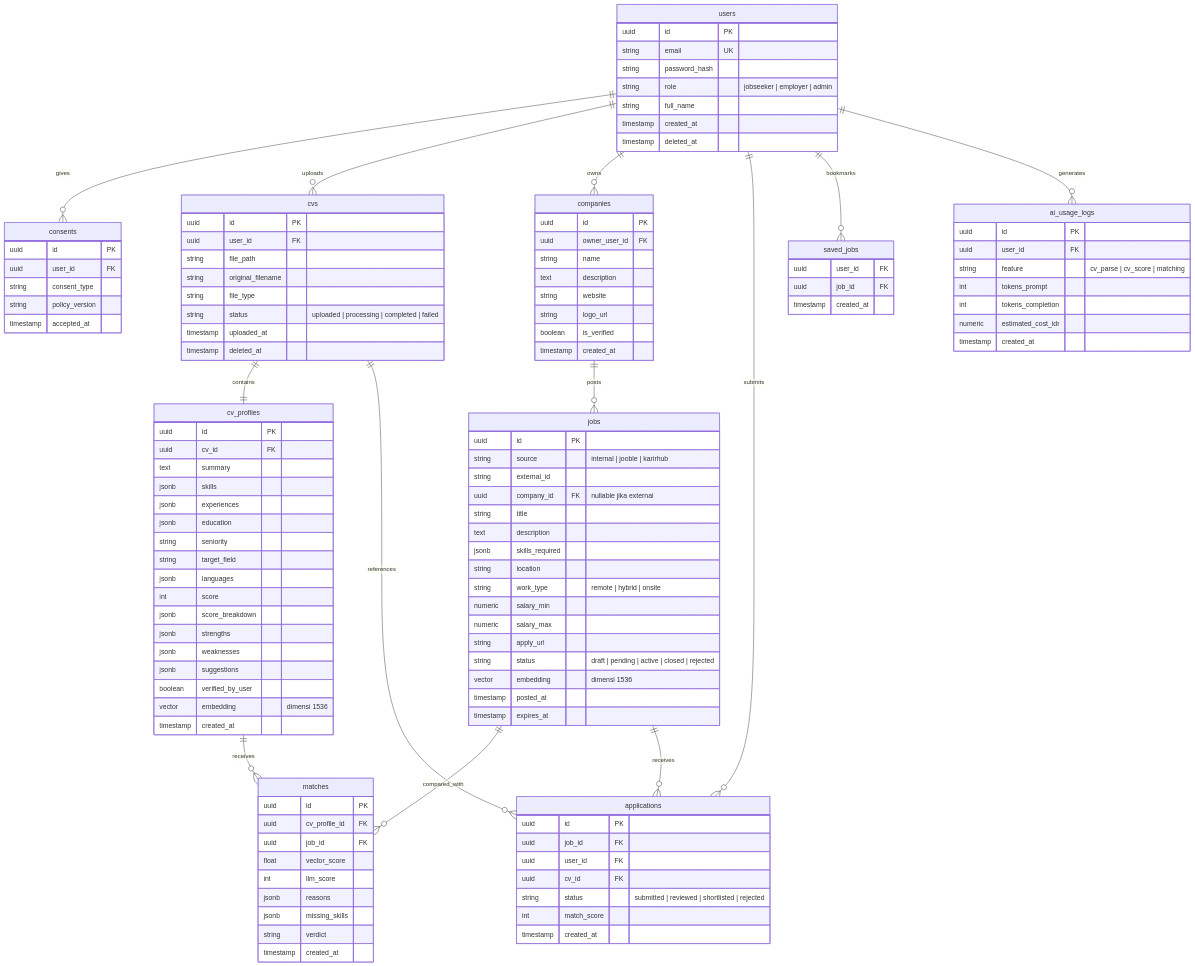
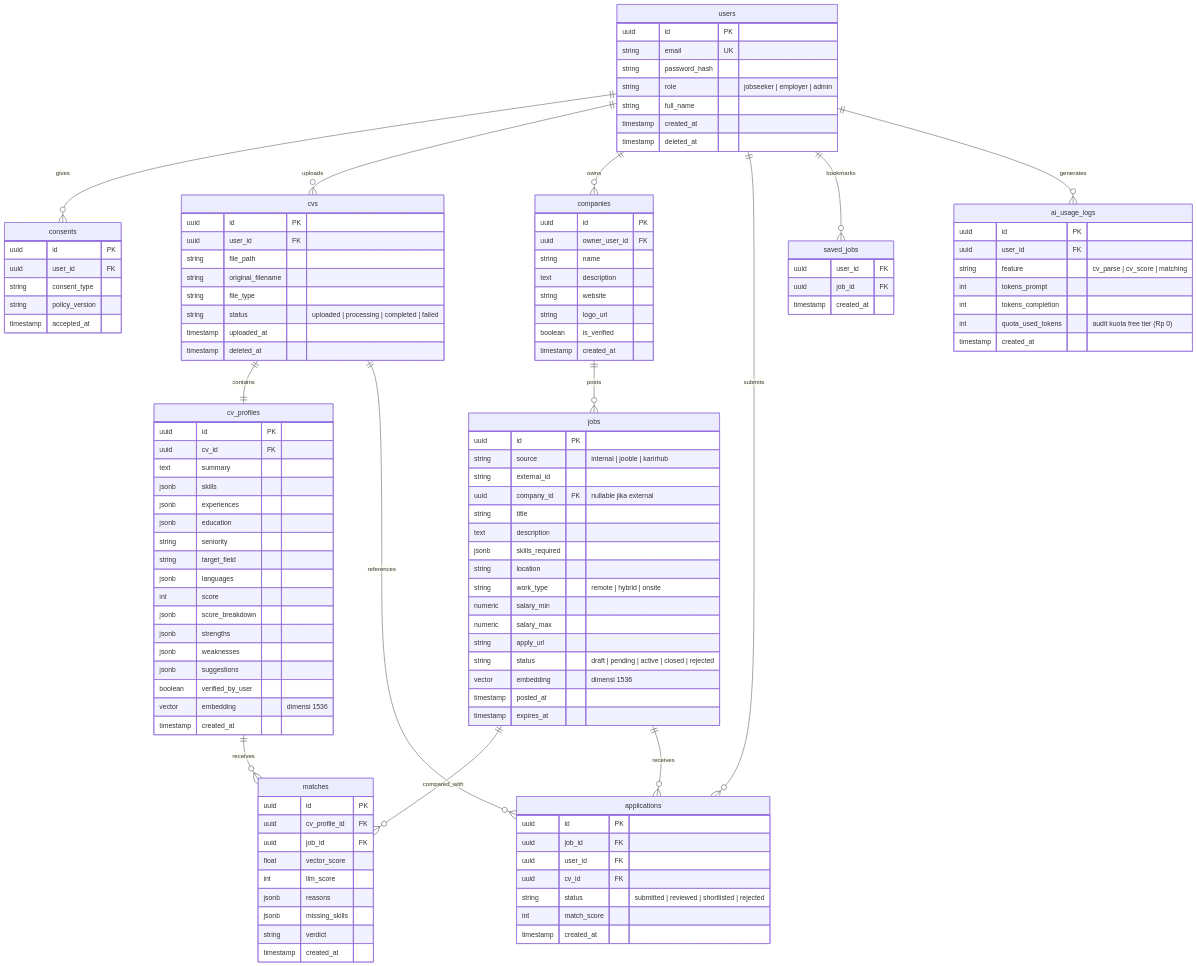
One commit to DanuZen/Technopreuneur- changed the fifth of 5 diagrams in docs/workflow.md. Above: the diagram before and after it, drawn with Mermaid. The commit also changed 2 other files, not shown here.

Commit message:
docs: update budget and infrastructure to 100% free tier zero-budget strategy

````diff
--- a/docs/workflow.md
+++ b/docs/workflow.md
@@ -283,7 +283,7 @@
         string feature "cv_parse | cv_score | matching"
         int tokens_prompt
         int tokens_completion
-        numeric estimated_cost_idr
+        int quota_used_tokens "audit kuota free tier (Rp 0)"
         timestamp created_at
     }
 ```
````
